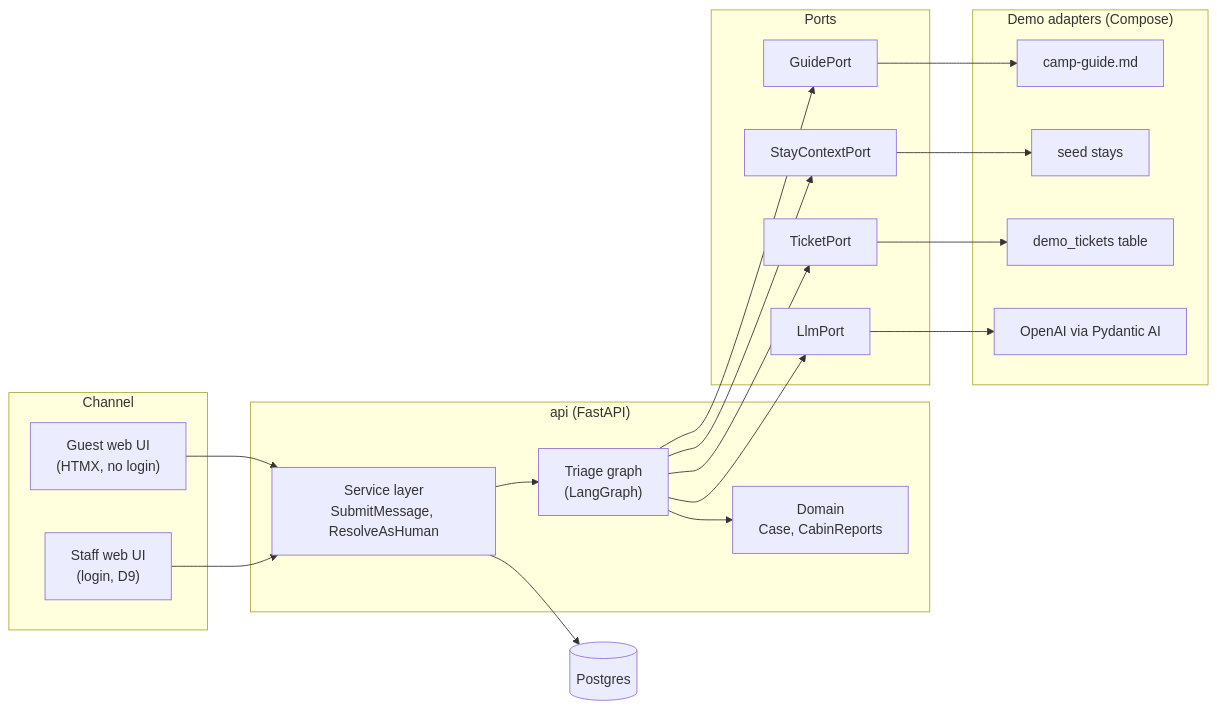
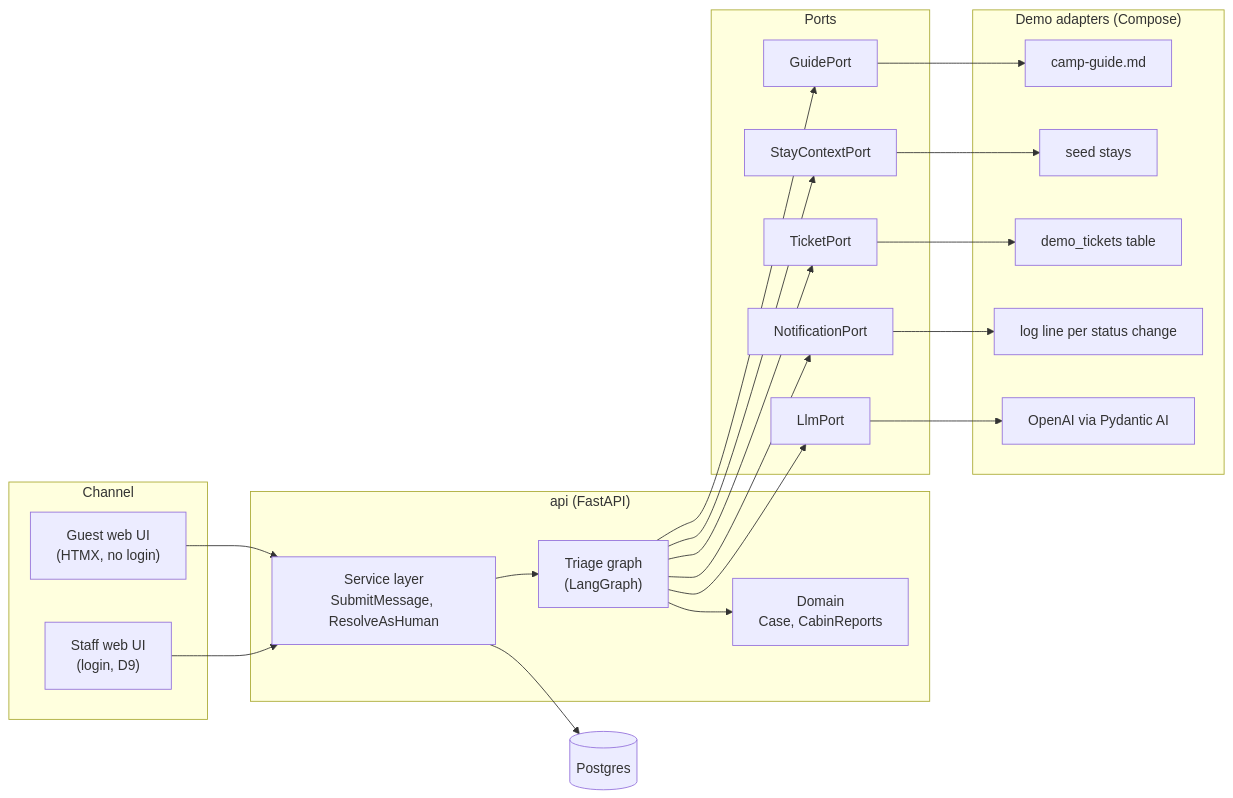
Before and after one commit to nish1013/camp-guest-ai-agent: the first of 7 diagrams in docs/architecture.md, drawn with Mermaid. The commit also changed other lines of this file and 1 other file, not shown here.

Commit message:
docs: D20 records the NotificationPort called on status change

````diff
--- a/docs/architecture.md
+++ b/docs/architecture.md
@@ -9,33 +9,36 @@
 ```mermaid
 flowchart LR
   subgraph Channel
     Guest["Guest web UI<br/>(HTMX, no login)"]
     Staff["Staff web UI<br/>(login, D9)"]
   end
   subgraph App["api (FastAPI)"]
     Service["Service layer<br/>SubmitMessage, ResolveAsHuman"]
     Graph["Triage graph<br/>(LangGraph)"]
     Domain["Domain<br/>Case, CabinReports"]
   end
   subgraph Ports
     GuidePort
     StayContextPort
     TicketPort
+    NotificationPort
     LlmPort
   end
   subgraph Demo["Demo adapters (Compose)"]
     GuideMd["camp-guide.md"]
     SeedStays["seed stays"]
     DemoTickets["demo_tickets table"]
+    StatusLog["log line per status change"]
     OpenAI["OpenAI via Pydantic AI"]
   end
   Guest --> Service
   Staff --> Service
   Service --> Graph
   Graph --> Domain
   Graph --> GuidePort --> GuideMd
   Graph --> StayContextPort --> SeedStays
   Graph --> TicketPort --> DemoTickets
+  Graph --> NotificationPort --> StatusLog
   Graph --> LlmPort --> OpenAI
   Service --> DB[("Postgres")]
 ```
````
